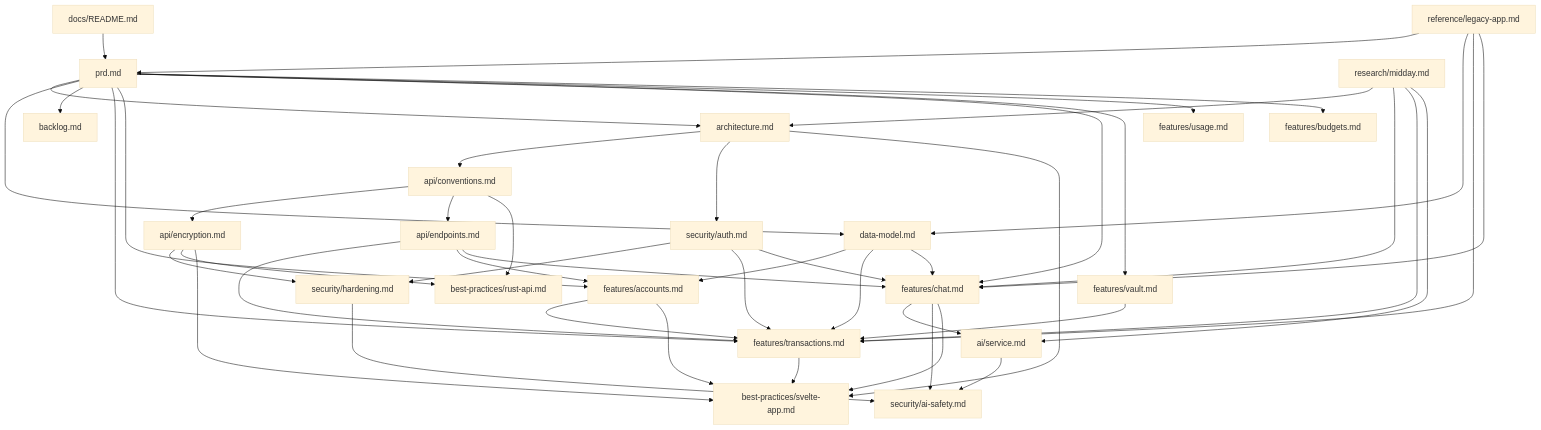
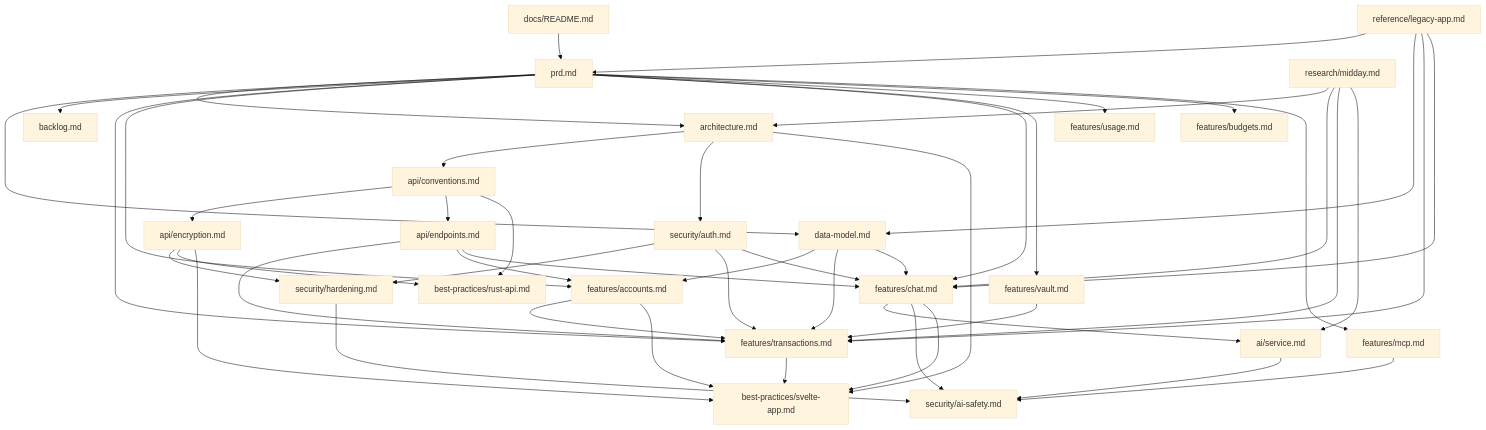
Before and after one commit to lazlanrafar/oewang: the diagram in docs/README.md, drawn with Mermaid (base theme). The commit also changed other lines of this file and 69 other files, not shown here.

````diff
--- a/docs/README.md
+++ b/docs/README.md
@@ -34,48 +35,50 @@
 ```mermaid
 flowchart TD
     README["docs/README.md"] --> PRD["prd.md"]
     PRD --> ARCH["architecture.md"]
     PRD --> DM["data-model.md"]
     PRD --> BACKLOG["backlog.md"]
     ARCH --> CONV["api/conventions.md"]
     CONV --> ENC["api/encryption.md"]
     CONV --> EP["api/endpoints.md"]
     ARCH --> AUTH["security/auth.md"]
     AUTH --> HARD["security/hardening.md"]
     ENC --> HARD
     PRD --> TXN["features/transactions.md"]
     PRD --> ACC["features/accounts.md"]
     PRD --> CHAT["features/chat.md"]
     PRD --> VAULT["features/vault.md"]
     PRD --> USAGE["features/usage.md"]
     PRD --> BUDGETS["features/budgets.md"]
+    PRD --> MCP["features/mcp.md"]
+    MCP --> SAFE
     VAULT --> TXN
     CHAT --> AI["ai/service.md"]
     CHAT --> SAFE["security/ai-safety.md"]
     AI --> SAFE
     HARD --> SAFE
     EP --> TXN
     EP --> ACC
     ACC --> TXN
     DM --> ACC
     ACC --> SVELTE
     EP --> CHAT
     AUTH --> TXN
     AUTH --> CHAT
     DM --> TXN
     DM --> CHAT
     CONV --> RUST["best-practices/rust-api.md"]
     ENC --> RUST
     ARCH --> SVELTE["best-practices/svelte-app.md"]
     ENC --> SVELTE
     TXN --> SVELTE
     CHAT --> SVELTE
     LEGACY["reference/legacy-app.md"] --> PRD
     LEGACY --> DM
     LEGACY --> TXN
     LEGACY --> CHAT
     MIDDAY["research/midday.md"] --> ARCH
     MIDDAY --> CHAT
     MIDDAY --> TXN
     MIDDAY --> AI
 ```
````
